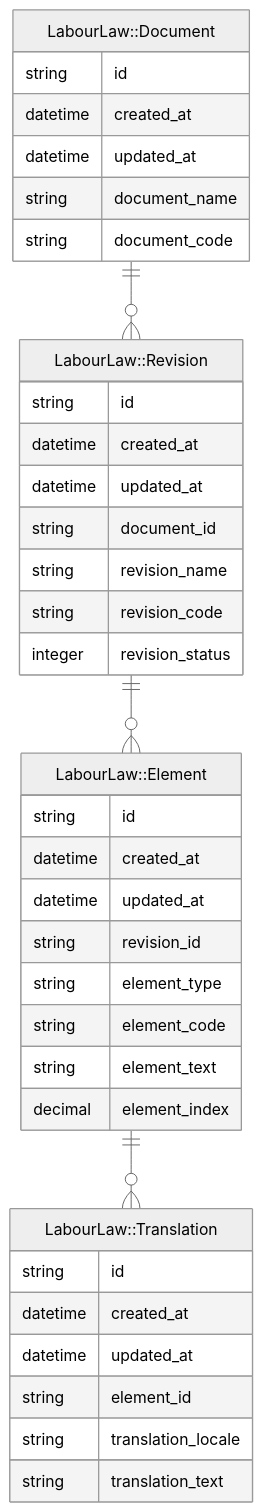
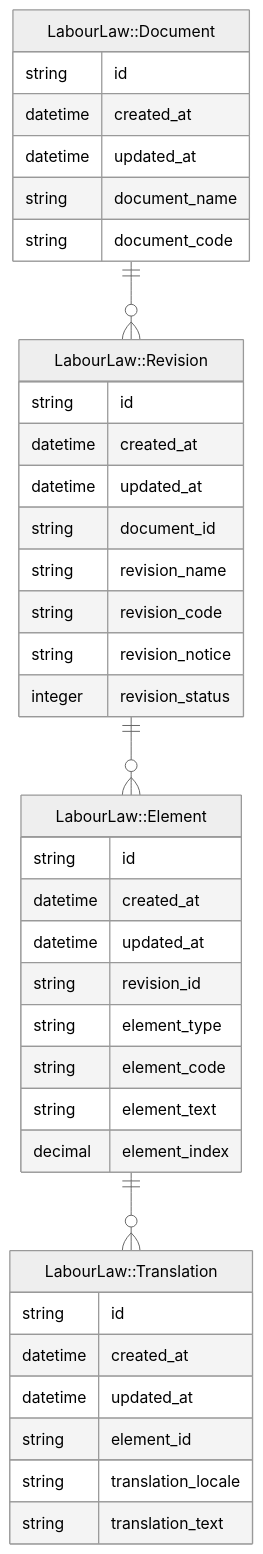
One commit to henrycatalinismith/666a.se changed the diagram in app/pages/labour-law-module.en.md. Above: the diagram before and after it, drawn with Mermaid (neutral theme). The commit also changed 1 other file, not shown here.

Commit message:
Add missing field to docs

```diff
--- a/app/pages/labour-law-module.en.md
+++ b/app/pages/labour-law-module.en.md
@@ -10,48 +10,49 @@
   <pre class="mermaid">
     erDiagram
 
       "LabourLaw::Document" {
           string id  
           datetime created_at  
           datetime updated_at  
           string document_name  
           string document_code  
       }
 
       "LabourLaw::Document" ||--o{ "LabourLaw::Revision" : ""
 
       "LabourLaw::Revision" {
           string id  
           datetime created_at  
           datetime updated_at  
           string document_id  
           string revision_name  
           string revision_code  
+          string revision_notice  
           integer revision_status  
       }
 
       "LabourLaw::Revision" ||--o{ "LabourLaw::Element" : ""
 
       "LabourLaw::Element" {
           string id  
           datetime created_at  
           datetime updated_at  
           string revision_id  
           string element_type  
           string element_code  
           string element_text  
           decimal element_index  
       }
 
       "LabourLaw::Element" ||--o{ "LabourLaw::Translation" : ""
 
       "LabourLaw::Translation" {
           string id  
           datetime created_at  
           datetime updated_at  
           string element_id  
           string translation_locale  
           string translation_text  
       }
 
   </pre>
```
